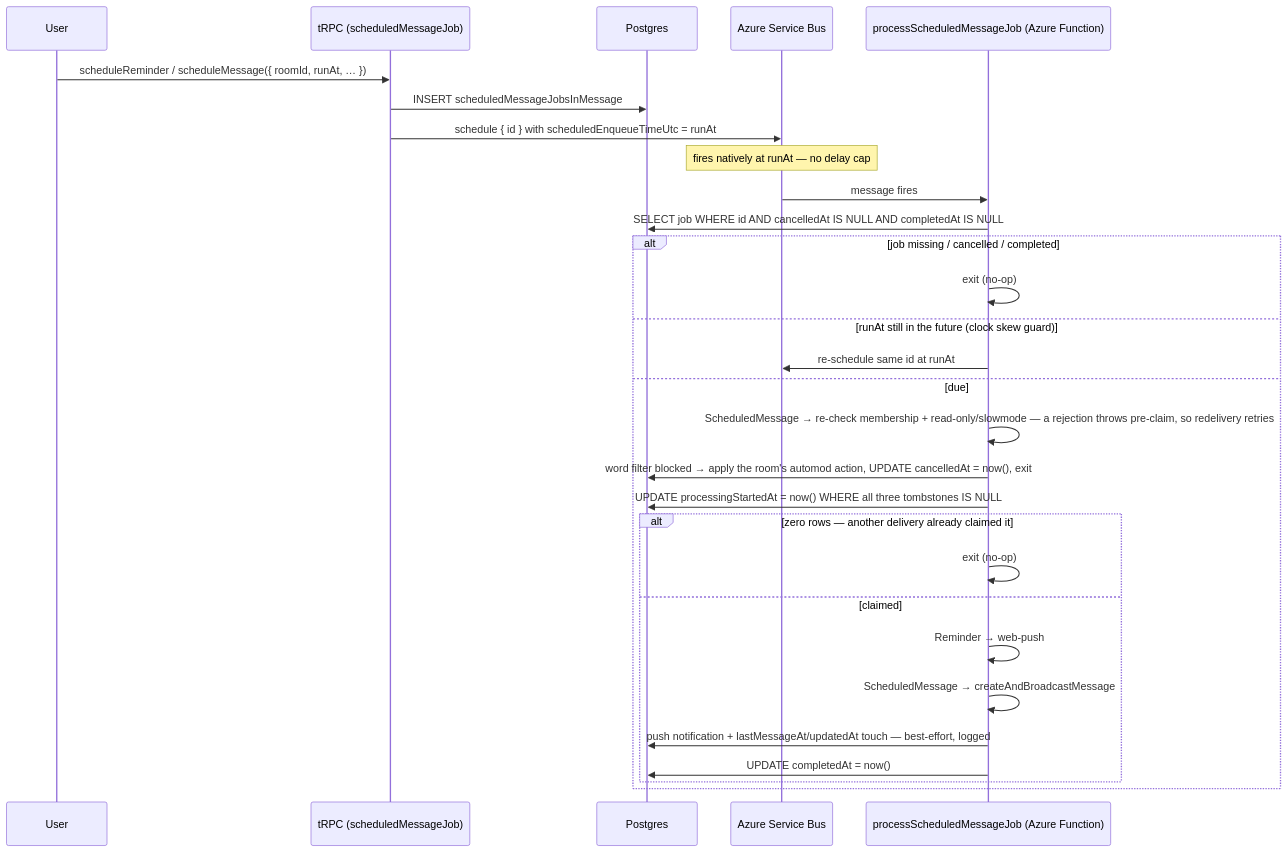
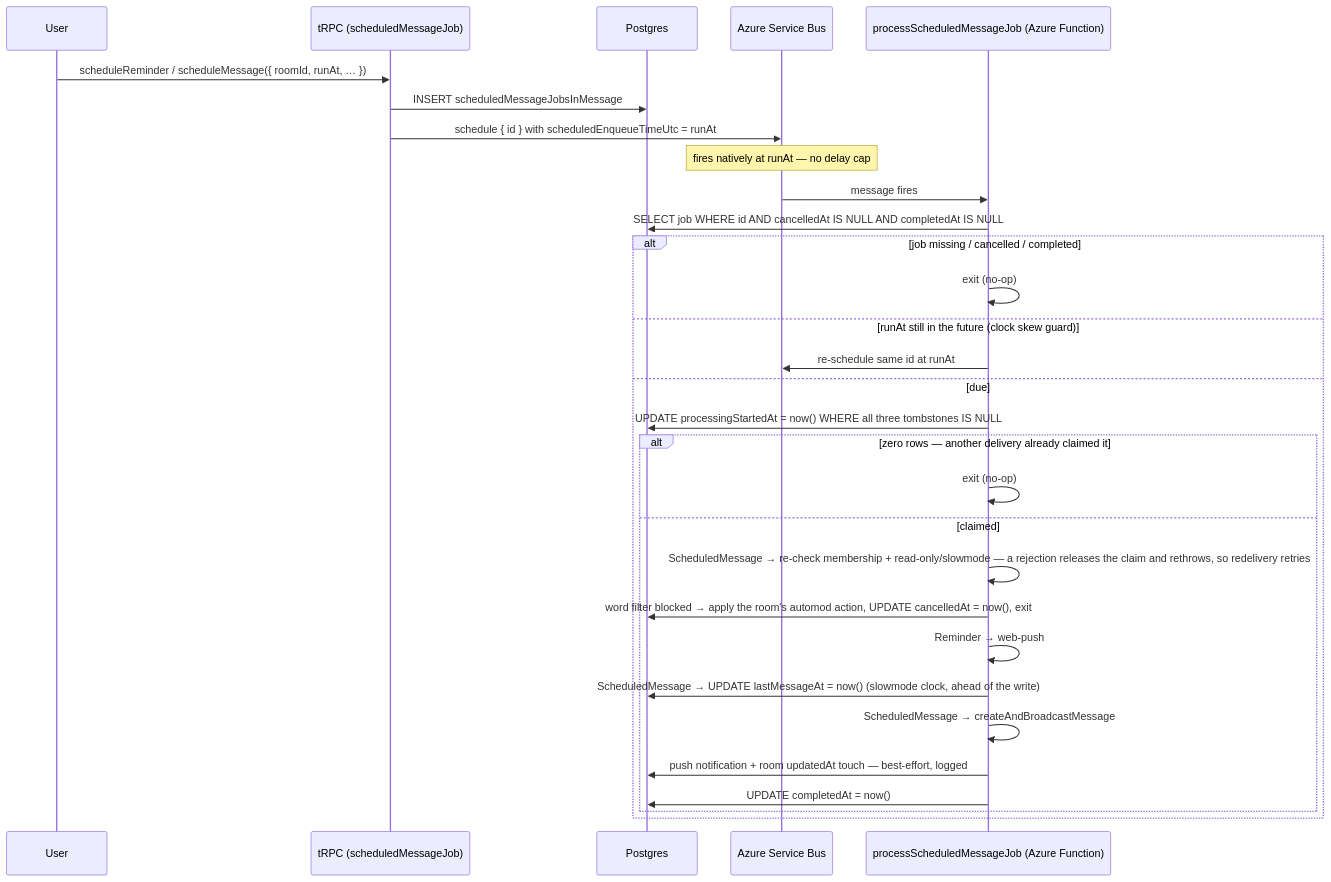
The diagram in packages/app/content/docs/esbabbler/scheduled-messages.md (Esposter/Esposter), drawn with Mermaid before and after one commit. The commit also changed other lines of this file and 56 other files, not shown here.

````diff
--- a/packages/app/content/docs/esbabbler/scheduled-messages.md
+++ b/packages/app/content/docs/esbabbler/scheduled-messages.md
@@ -12,33 +12,34 @@
 ```mermaid
 sequenceDiagram
     participant U as User
     participant T as tRPC (scheduledMessageJob)
     participant DB as Postgres
     participant Q as Azure Service Bus
     participant F as processScheduledMessageJob (Azure Function)
 
     U->>T: scheduleReminder / scheduleMessage({ roomId, runAt, … })
     T->>DB: INSERT scheduledMessageJobsInMessage
     T->>Q: schedule { id } with scheduledEnqueueTimeUtc = runAt
     Note over Q: fires natively at runAt — no delay cap
 
     Q->>F: message fires
     F->>DB: SELECT job WHERE id AND cancelledAt IS NULL AND completedAt IS NULL
     alt job missing / cancelled / completed
         F->>F: exit (no-op)
     else runAt still in the future (clock skew guard)
         F->>Q: re-schedule same id at runAt
     else due
-        F->>F: ScheduledMessage → re-check membership + read-only/slowmode — a rejection throws pre-claim, so redelivery retries
-        F->>DB: word filter blocked → apply the room's automod action, UPDATE cancelledAt = now(), exit
         F->>DB: UPDATE processingStartedAt = now() WHERE all three tombstones IS NULL
         alt zero rows — another delivery already claimed it
             F->>F: exit (no-op)
         else claimed
+            F->>F: ScheduledMessage → re-check membership + read-only/slowmode — a rejection releases the claim and rethrows, so redelivery retries
+            F->>DB: word filter blocked → apply the room's automod action, UPDATE cancelledAt = now(), exit
             F->>F: Reminder → web-push
+            F->>DB: ScheduledMessage → UPDATE lastMessageAt = now() (slowmode clock, ahead of the write)
             F->>F: ScheduledMessage → createAndBroadcastMessage
-            F->>DB: push notification + lastMessageAt/updatedAt touch — best-effort, logged
+            F->>DB: push notification + room updatedAt touch — best-effort, logged
             F->>DB: UPDATE completedAt = now()
         end
     end
 ```
````
